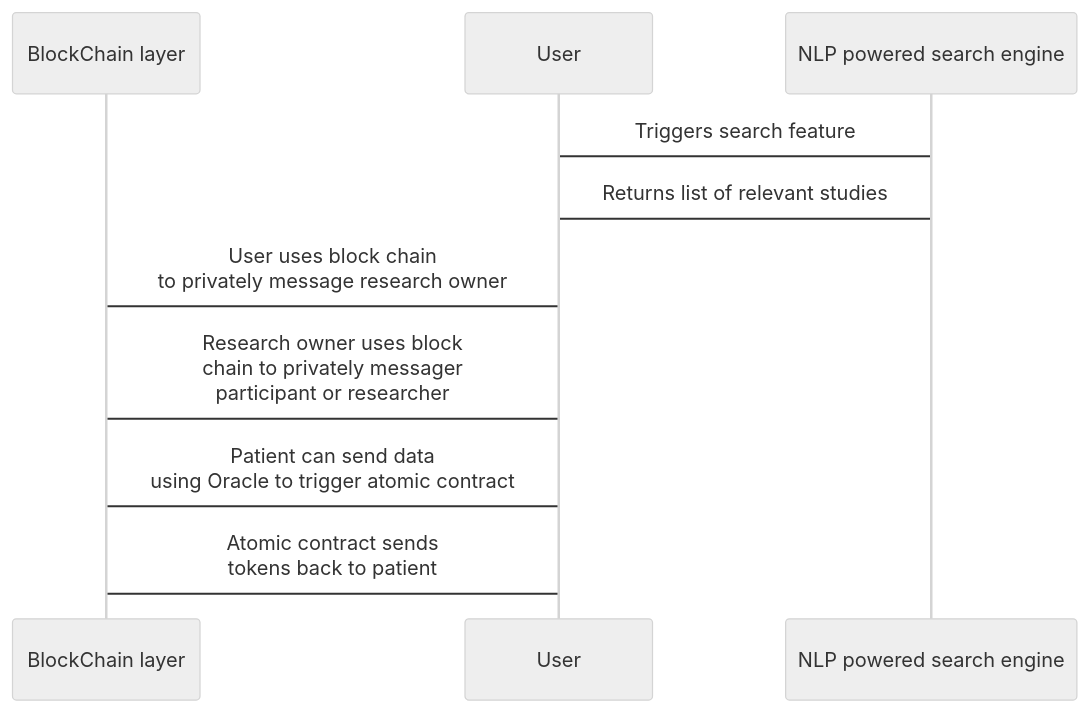
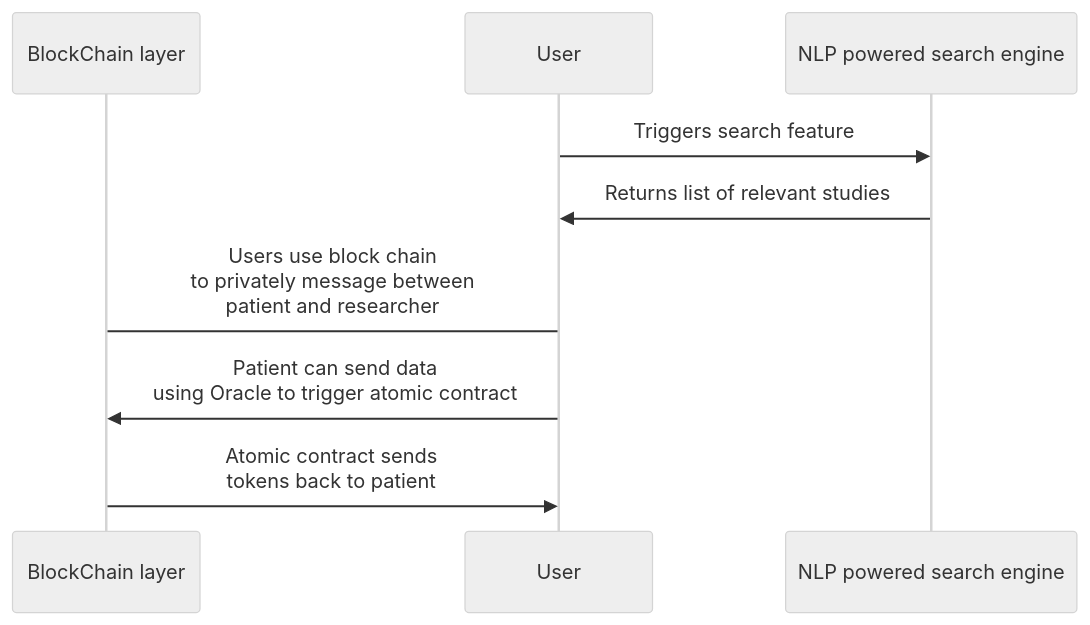
Before and after one commit to AI-and-Blockchain/S22_StudyBlock: the second of 2 diagrams in README.md, drawn with Mermaid (neutral theme).

````diff
--- a/README.md
+++ b/README.md
@@ -30,12 +30,11 @@
 ```mermaid
 sequenceDiagram;
     Participant B as BlockChain layer
     Participant C as User
     Participant A as NLP powered search engine
-    C -> A: Triggers search feature
-    A -> C: Returns list of relevant studies
-    C -> B: User uses block chain <br> to privately message research owner
-    C -> B: Research owner uses block <br> chain to privately messager <br> participant or researcher 
-    C -> B: Patient can send data <br> using Oracle to trigger atomic contract
-    B -> C:  Atomic contract sends <br> tokens back to patient
+    C ->> A: Triggers search feature
+    A ->> C: Returns list of relevant studies
+    C -> B: Users use block chain <br> to privately message between <br> patient and researcher
+    C ->> B: Patient can send data <br> using Oracle to trigger atomic contract
+    B ->> C:  Atomic contract sends <br> tokens back to patient
 ```
````
